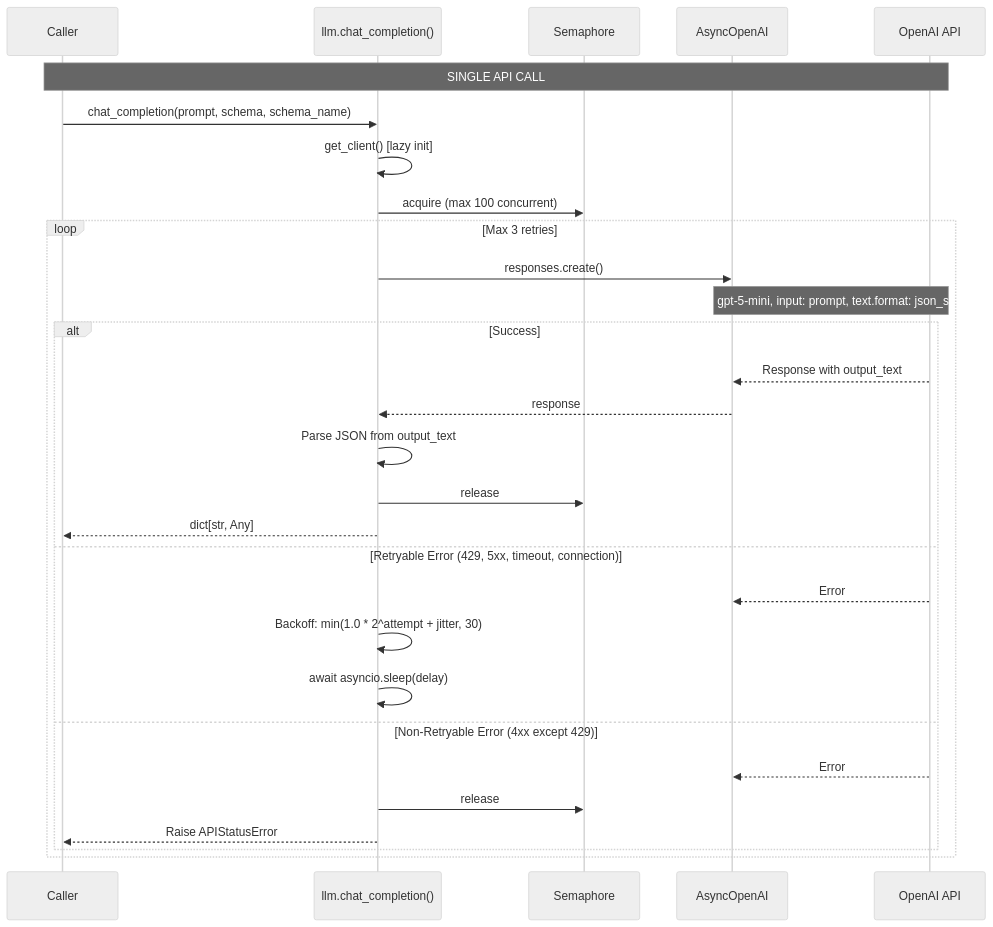
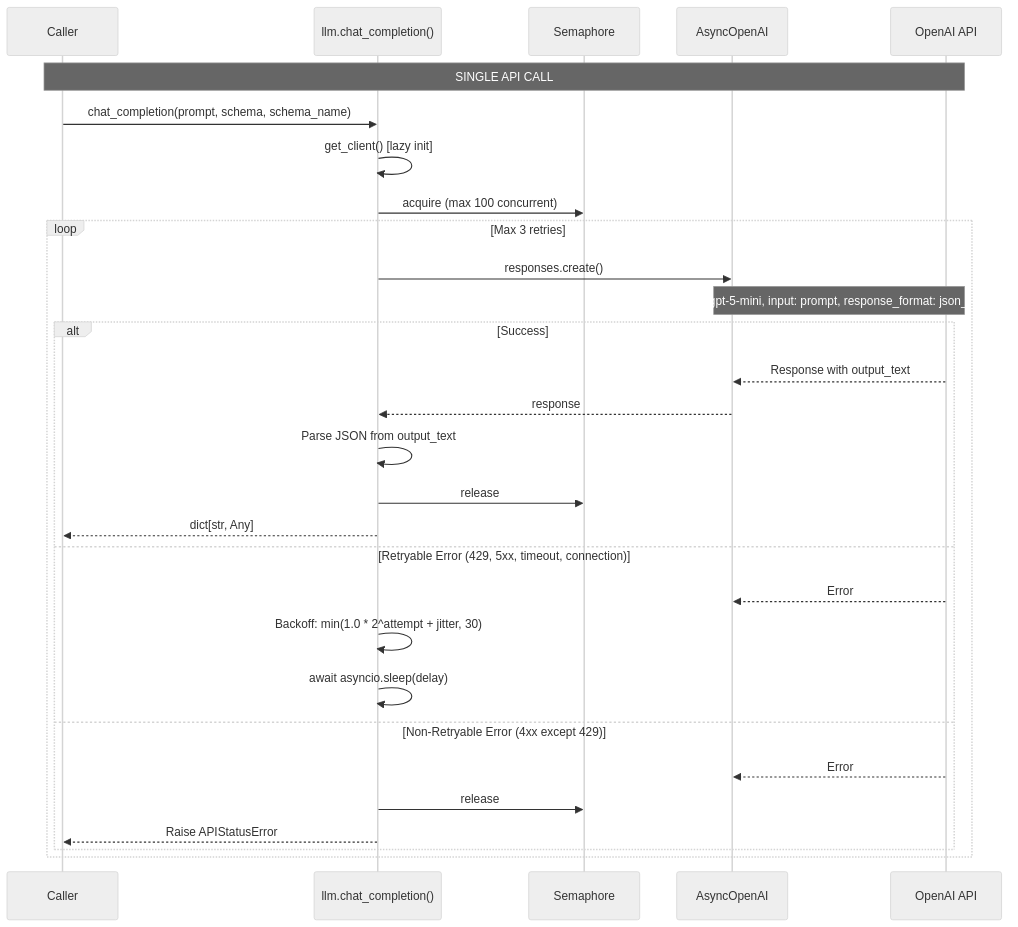
The fourth of 9 diagrams in docs/llm-pipelines.md (sapientpants/vocabext), drawn with Mermaid (neutral theme) before and after one commit. The commit also changed other lines of this file and 6 other files, not shown here.

````diff
--- a/docs/llm-pipelines.md
+++ b/docs/llm-pipelines.md
@@ -184,37 +184,37 @@
 ```mermaid
 sequenceDiagram
     participant Caller
     participant llm as llm.chat_completion()
     participant Semaphore
     participant Client as AsyncOpenAI
     participant API as OpenAI API
 
     Note over Caller,API: SINGLE API CALL
 
     Caller->>llm: chat_completion(prompt, schema, schema_name)
 
     llm->>llm: get_client() [lazy init]
     llm->>Semaphore: acquire (max 100 concurrent)
 
     loop Max 3 retries
         llm->>Client: responses.create()
 
-        Note over Client,API: model: gpt-5-mini, input: prompt, text.format: json_schema
+        Note over Client,API: model: gpt-5-mini, input: prompt, response_format: json_schema
 
         alt Success
             API-->>Client: Response with output_text
             Client-->>llm: response
             llm->>llm: Parse JSON from output_text
             llm->>Semaphore: release
             llm-->>Caller: dict[str, Any]
         else Retryable Error (429, 5xx, timeout, connection)
             API-->>Client: Error
             llm->>llm: Backoff: min(1.0 * 2^attempt + jitter, 30)
             llm->>llm: await asyncio.sleep(delay)
         else Non-Retryable Error (4xx except 429)
             API-->>Client: Error
             llm->>Semaphore: release
             llm-->>Caller: Raise APIStatusError
         end
     end
 ```
````
